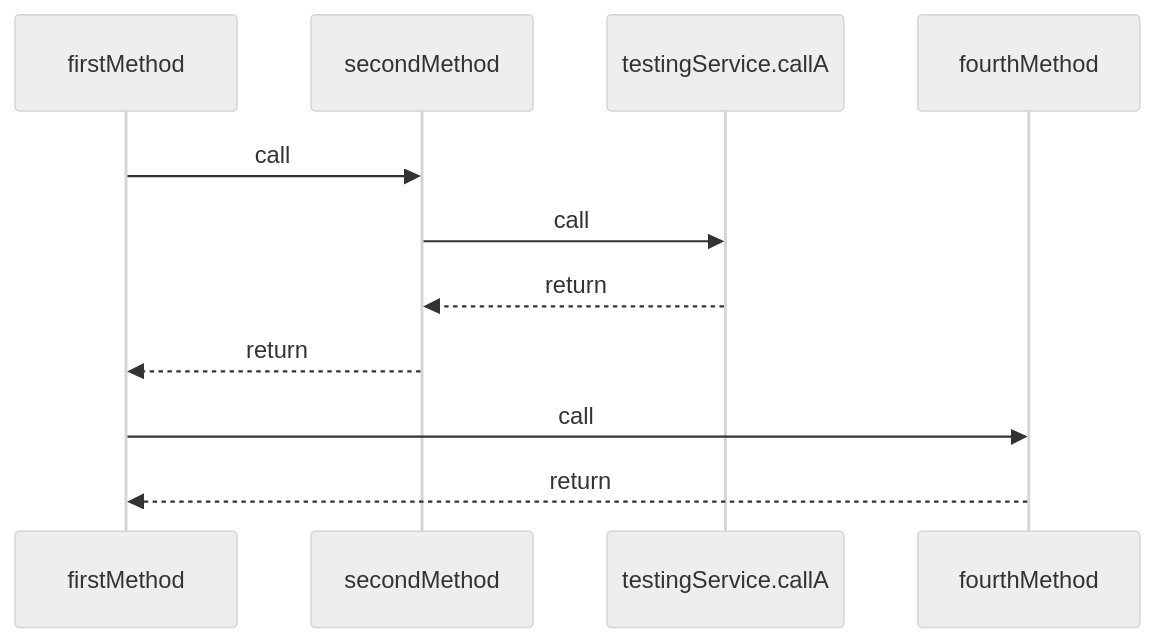
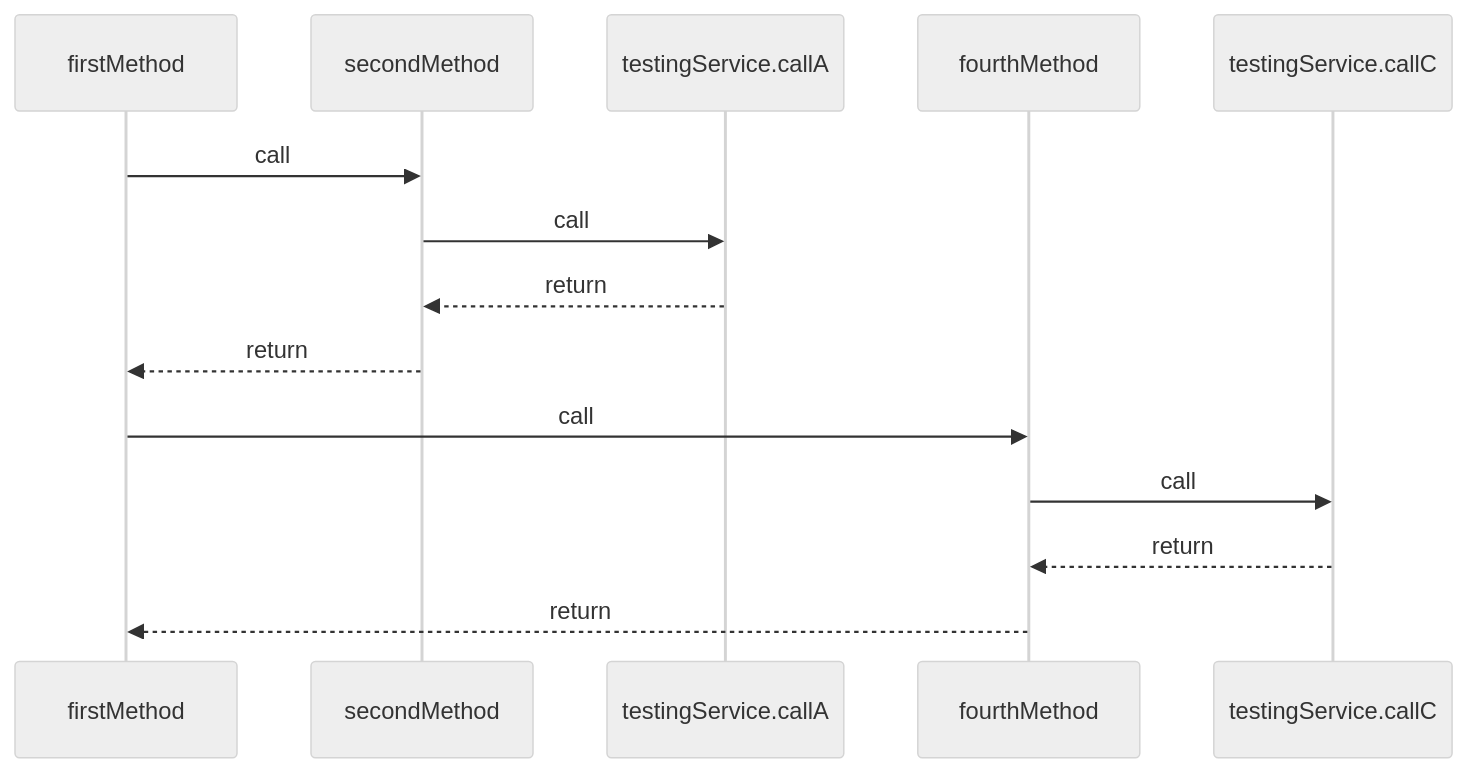
One commit to Ba5ik7/ngx-editorjs changed the diagram in tools/mermaid/output.mmd. Above: the diagram before and after it, drawn with Mermaid (neutral theme). The commit also changed 3 other files, not shown here.

Commit message:
Mermaid Script updates

```diff
--- a/tools/mermaid/output.mmd
+++ b/tools/mermaid/output.mmd
@@ -1,7 +1,9 @@
 sequenceDiagram
 firstMethod ->> secondMethod: call
 secondMethod ->> testingService.callA: call
 testingService.callA -->> secondMethod: return
 secondMethod -->> firstMethod: return
 firstMethod ->> fourthMethod: call
+fourthMethod ->> testingService.callC: call
+testingService.callC -->> fourthMethod: return
 fourthMethod -->> firstMethod: return
```
